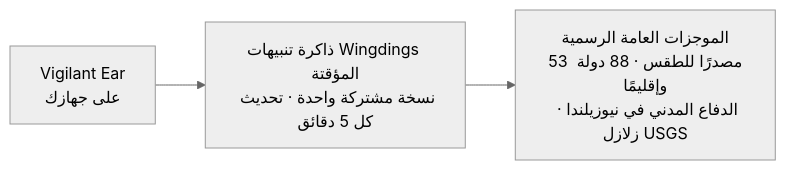
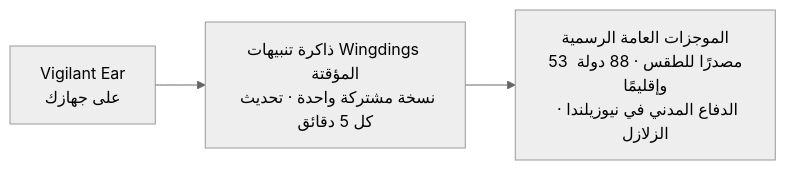
One commit to rpalm01-star/VigilantEarLegal changed the fourth of 4 diagrams in README_ar.md. Above: the diagram before and after it, drawn with Mermaid (neutral theme). The commit also changed other lines of this file and 47 other files, not shown here.

````diff
--- a/README_ar.md
+++ b/README_ar.md
@@ -171,5 +171,5 @@
 ```mermaid
 graph LR
     P1["Vigilant Ear<br/>على جهازك"] --> W["ذاكرة تنبيهات Wingdings المؤقتة<br/>نسخة مشتركة واحدة · تحديث كل 5 دقائق"]
-    W --> N["الموجزات العامة الرسمية<br/>53 مصدرًا للطقس · 88 دولة وإقليمًا<br/>الدفاع المدني في نيوزيلندا · زلازل USGS"]
+    W --> N["الموجزات العامة الرسمية<br/>53 مصدرًا للطقس · 88 دولة وإقليمًا<br/>الدفاع المدني في نيوزيلندا · الزلازل"]
 ```
````
